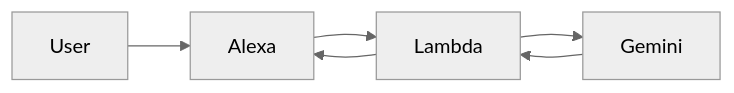
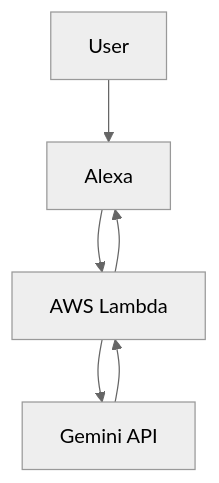
The diagram in README.md (sagantosu17/alexa-gemini-chat), drawn with Mermaid (neutral theme) before and after one commit. The commit also changed other lines of this file, not shown here.

````diff
--- a/README.md
+++ b/README.md
@@ -22,8 +20,8 @@
 ```mermaid
-flowchart LR
-    User --> Alexa
-    Alexa --> Lambda
-    Lambda --> Gemini
-    Gemini --> Lambda
-    Lambda --> Alexa
+graph TD
+    A[User] --> B[Alexa]
+    B --> C[AWS Lambda]
+    C --> D[Gemini API]
+    D --> C
+    C --> B
 ```
````
